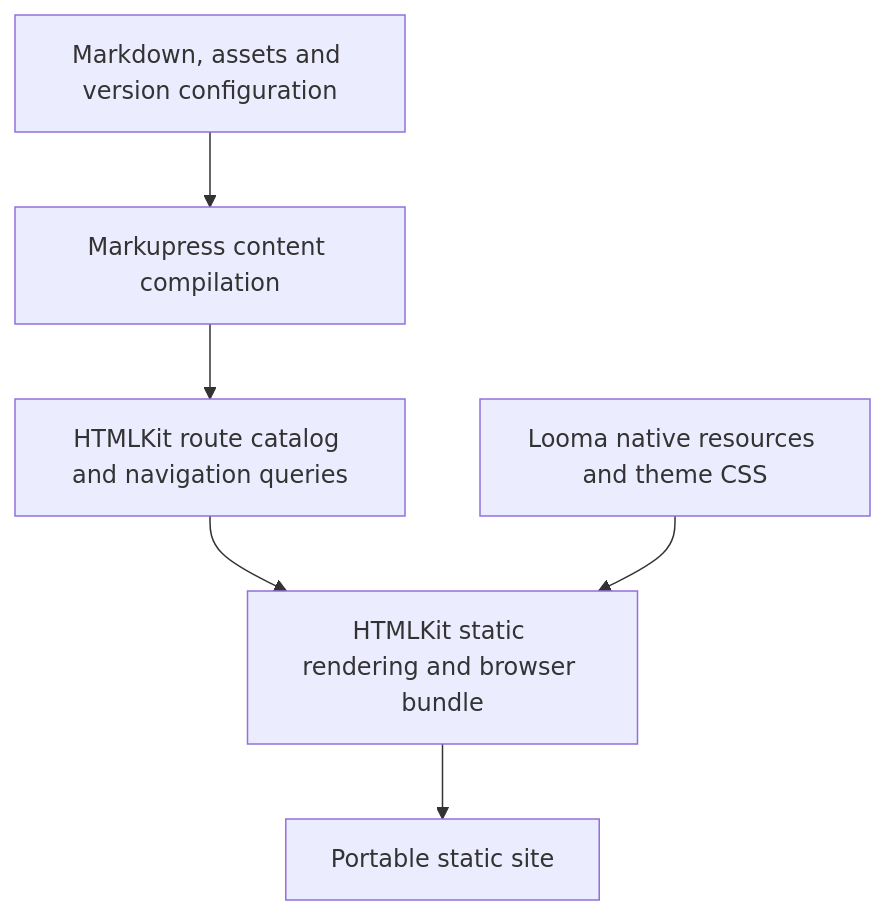
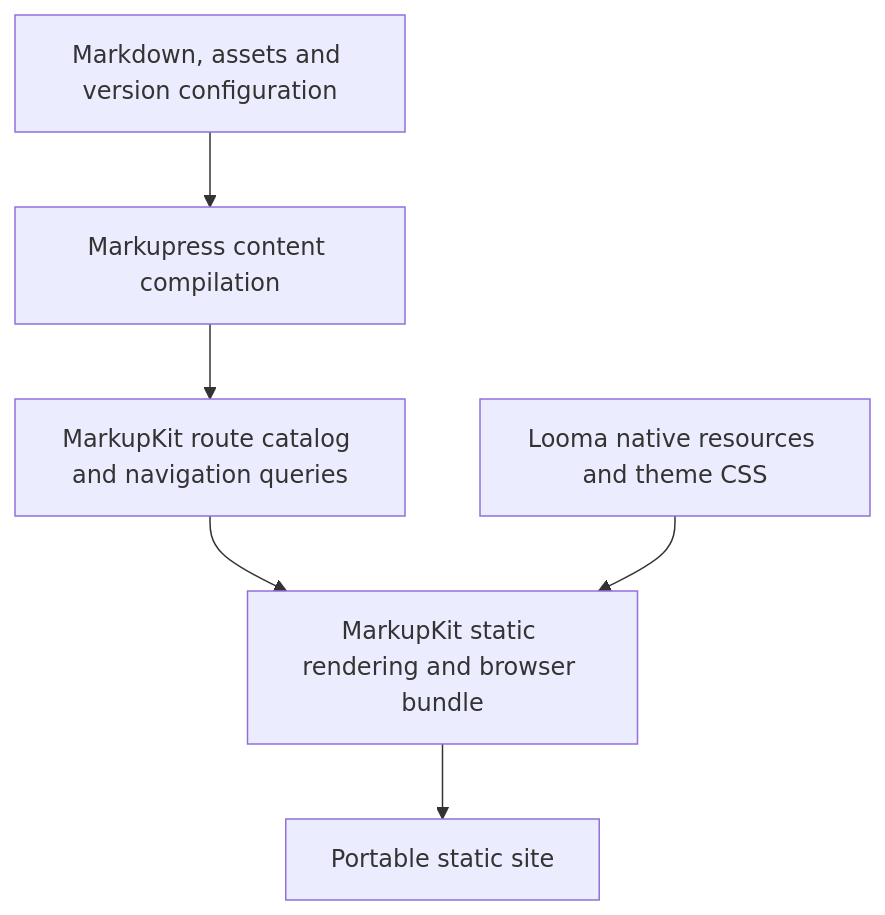
The first of 3 diagrams in docs/plans/2026-10-04-1830-feat-markupress-platform-plan.md (threadlabs-studio/markupress), drawn with Mermaid before and after one commit. The commit also changed other lines of this file and 59 other files, not shown here.

First line of the commit message:
feat: publish MarkupKit docs with themed home pages (#83)

````diff
--- a/docs/plans/2026-10-04-1830-feat-markupress-platform-plan.md
+++ b/docs/plans/2026-10-04-1830-feat-markupress-platform-plan.md
@@ -110,8 +110,8 @@
 ```mermaid
 flowchart TB
   A[Markdown, assets and version configuration] --> B[Markupress content compilation]
-  B --> C[HTMLKit route catalog and navigation queries]
-  C --> D[HTMLKit static rendering and browser bundle]
+  B --> C[MarkupKit route catalog and navigation queries]
+  C --> D[MarkupKit static rendering and browser bundle]
   E[Looma native resources and theme CSS] --> D
   D --> F[Portable static site]
 ```
````
